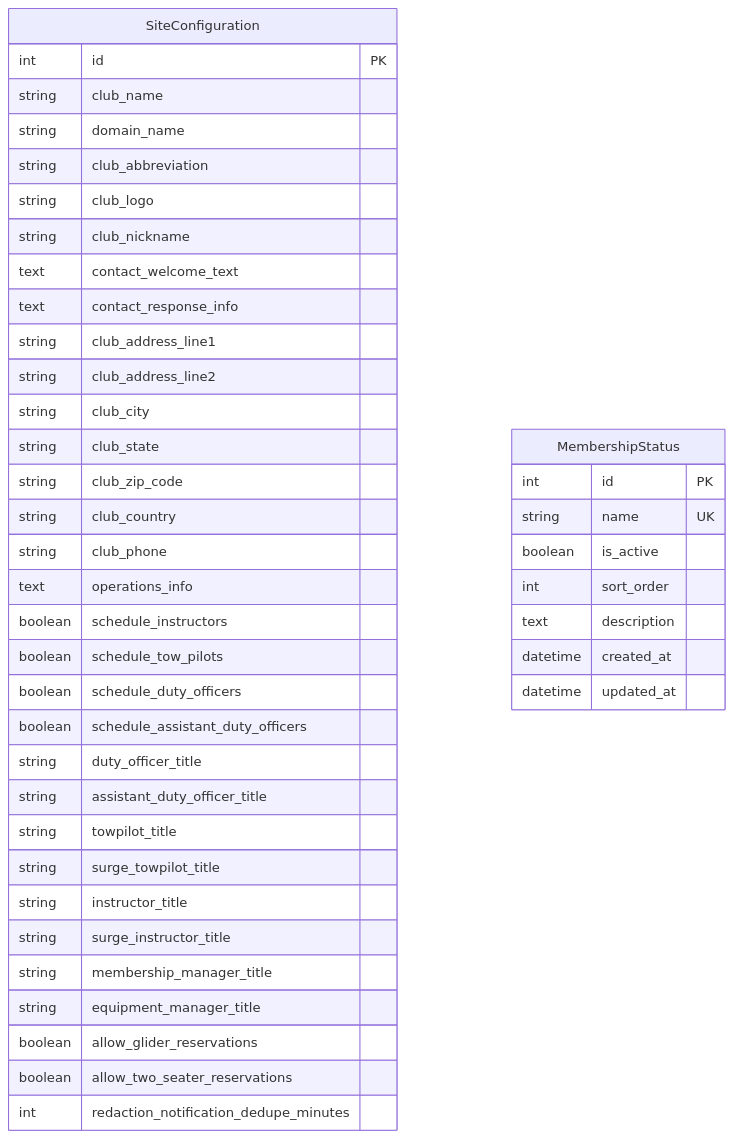
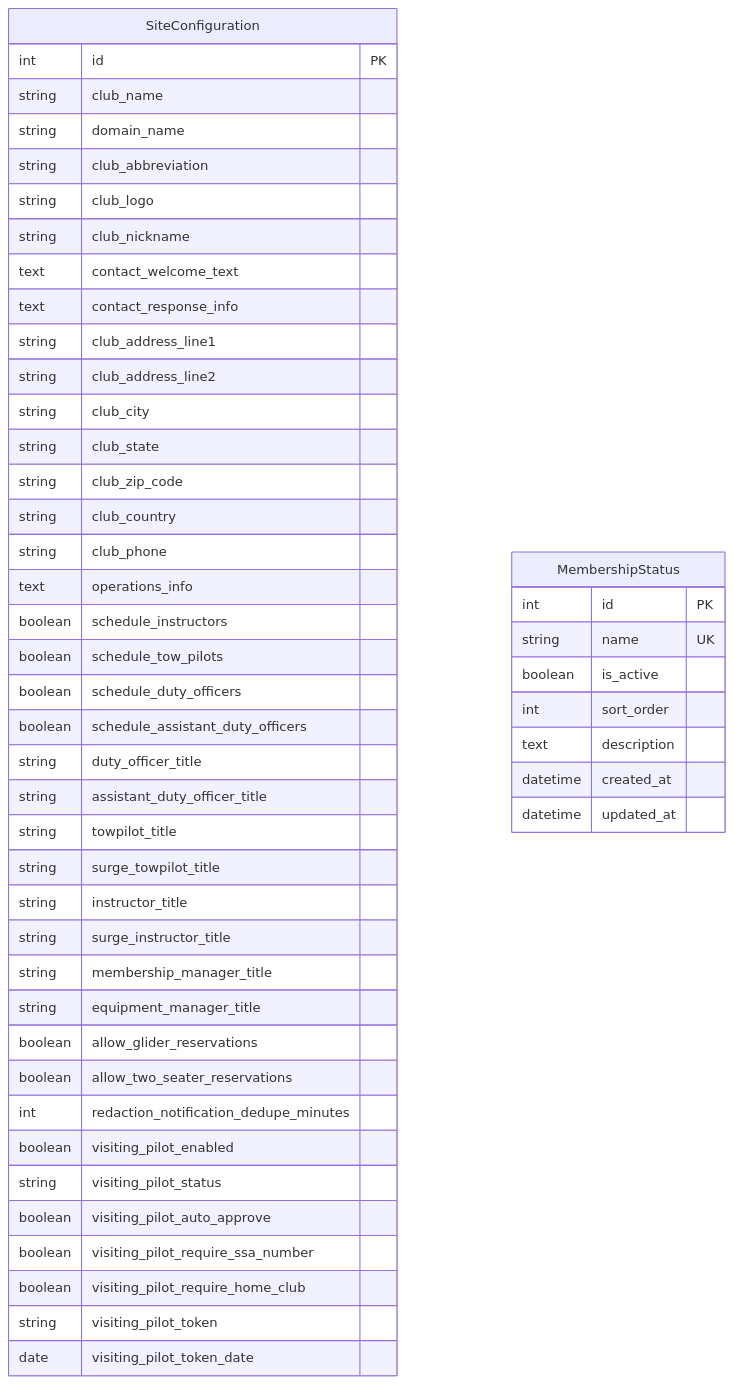
Before and after one commit to pietbarber/Manage2Soar: the diagram in siteconfig/docs/models.md, drawn with Mermaid. The commit also changed other lines of this file and 3 other files, not shown here.

First line of the commit message:
Update documentation for visiting pilot workflow (Issue #209)

````diff
--- a/siteconfig/docs/models.md
+++ b/siteconfig/docs/models.md
@@ -9,46 +9,53 @@
 ```mermaid
 erDiagram
     SiteConfiguration {
         int id PK
         string club_name
         string domain_name
         string club_abbreviation
         string club_logo
         string club_nickname
         text contact_welcome_text
         text contact_response_info
         string club_address_line1
         string club_address_line2
         string club_city
         string club_state
         string club_zip_code
         string club_country
         string club_phone
         text operations_info
         boolean schedule_instructors
         boolean schedule_tow_pilots
         boolean schedule_duty_officers
         boolean schedule_assistant_duty_officers
         string duty_officer_title
         string assistant_duty_officer_title
         string towpilot_title
         string surge_towpilot_title
         string instructor_title
         string surge_instructor_title
         string membership_manager_title
         string equipment_manager_title
         boolean allow_glider_reservations
         boolean allow_two_seater_reservations
         int redaction_notification_dedupe_minutes
+        boolean visiting_pilot_enabled
+        string visiting_pilot_status
+        boolean visiting_pilot_auto_approve
+        boolean visiting_pilot_require_ssa_number
+        boolean visiting_pilot_require_home_club
+        string visiting_pilot_token
+        date visiting_pilot_token_date
     }
 
     MembershipStatus {
         int id PK
         string name UK
         boolean is_active
         int sort_order
         text description
         datetime created_at
         datetime updated_at
     }
 ```
````
